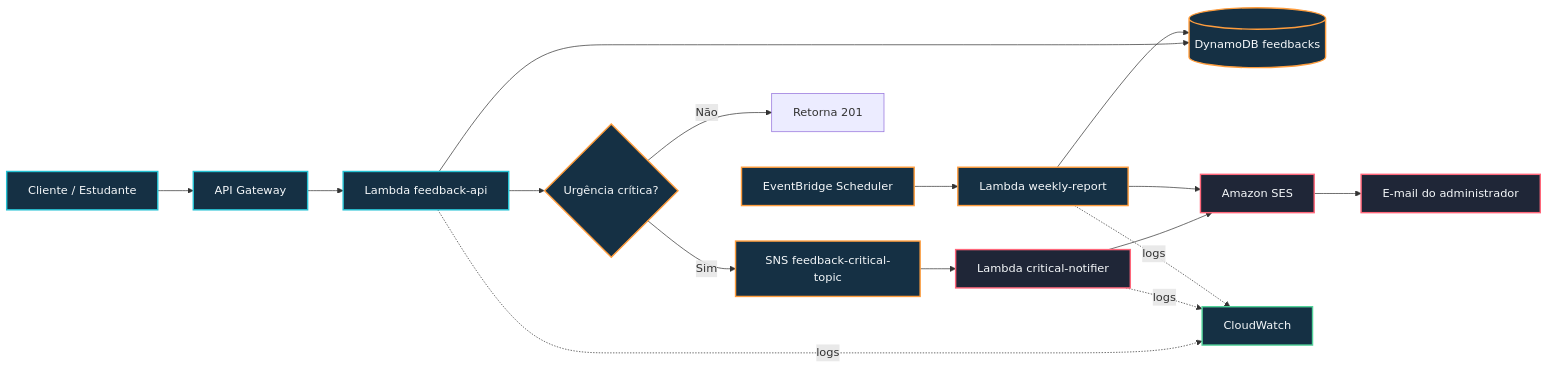
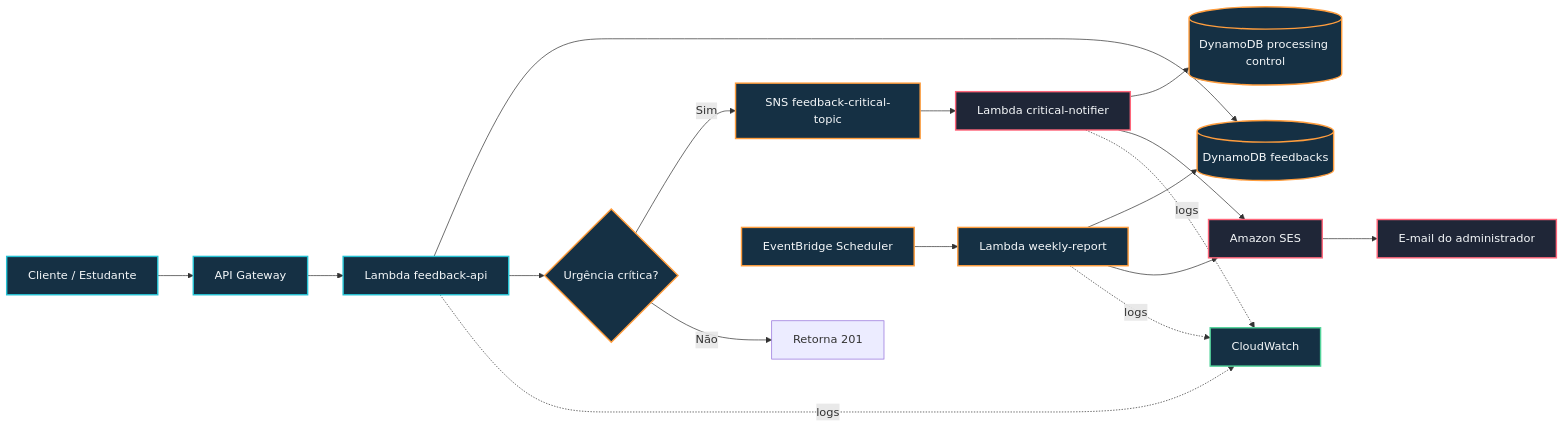
The diagram in docs/diagrams/architecture.mmd (HugoOliveiraSoares/tech-challenge-iv), drawn with Mermaid before and after one commit. The commit also changed 12 other files, not shown here.

```diff
--- a/docs/diagrams/architecture.mmd
+++ b/docs/diagrams/architecture.mmd
@@ -1,30 +1,31 @@
 flowchart LR
     Client[Cliente / Estudante] --> APIGW[API Gateway]
     APIGW --> FeedbackLambda[Lambda feedback-api]
 
     FeedbackLambda --> DynamoDB[(DynamoDB feedbacks)]
     FeedbackLambda --> Decision{Urgência crítica?}
 
     Decision -- Sim --> SNSTopic[SNS feedback-critical-topic]
     Decision -- Não --> Finish[Retorna 201]
 
     SNSTopic --> NotifierLambda[Lambda critical-notifier]
+    NotifierLambda --> ControlDB[(DynamoDB processing control)]
     NotifierLambda --> SES[Amazon SES]
     SES --> AdminEmail[E-mail do administrador]
 
     Scheduler[EventBridge Scheduler] --> ReportLambda[Lambda weekly-report]
     ReportLambda --> DynamoDB
     ReportLambda --> SES
 
     FeedbackLambda -. logs .-> CloudWatch[CloudWatch]
     NotifierLambda -. logs .-> CloudWatch
     ReportLambda -. logs .-> CloudWatch
 
     classDef entry fill:#153044,stroke:#25C2D4,color:#F5F8FA,stroke-width:2px;
     classDef event fill:#153044,stroke:#FF9D3D,color:#F5F8FA,stroke-width:2px;
     classDef critical fill:#1F2637,stroke:#FF667A,color:#F5F8FA,stroke-width:2px;
     classDef operation fill:#153044,stroke:#52D39A,color:#F5F8FA,stroke-width:2px;
     class Client,APIGW,FeedbackLambda entry;
-    class DynamoDB,Decision,SNSTopic,Scheduler,ReportLambda event;
+    class DynamoDB,ControlDB,Decision,SNSTopic,Scheduler,ReportLambda event;
     class NotifierLambda,SES,AdminEmail critical;
     class CloudWatch operation;
```
